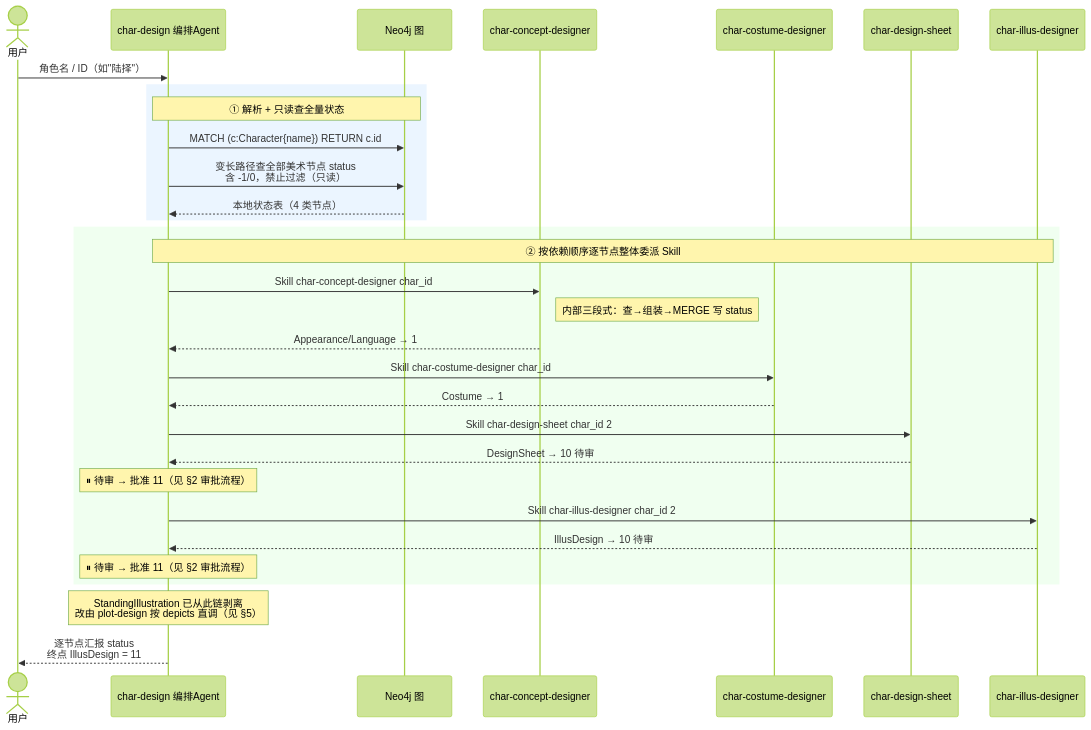
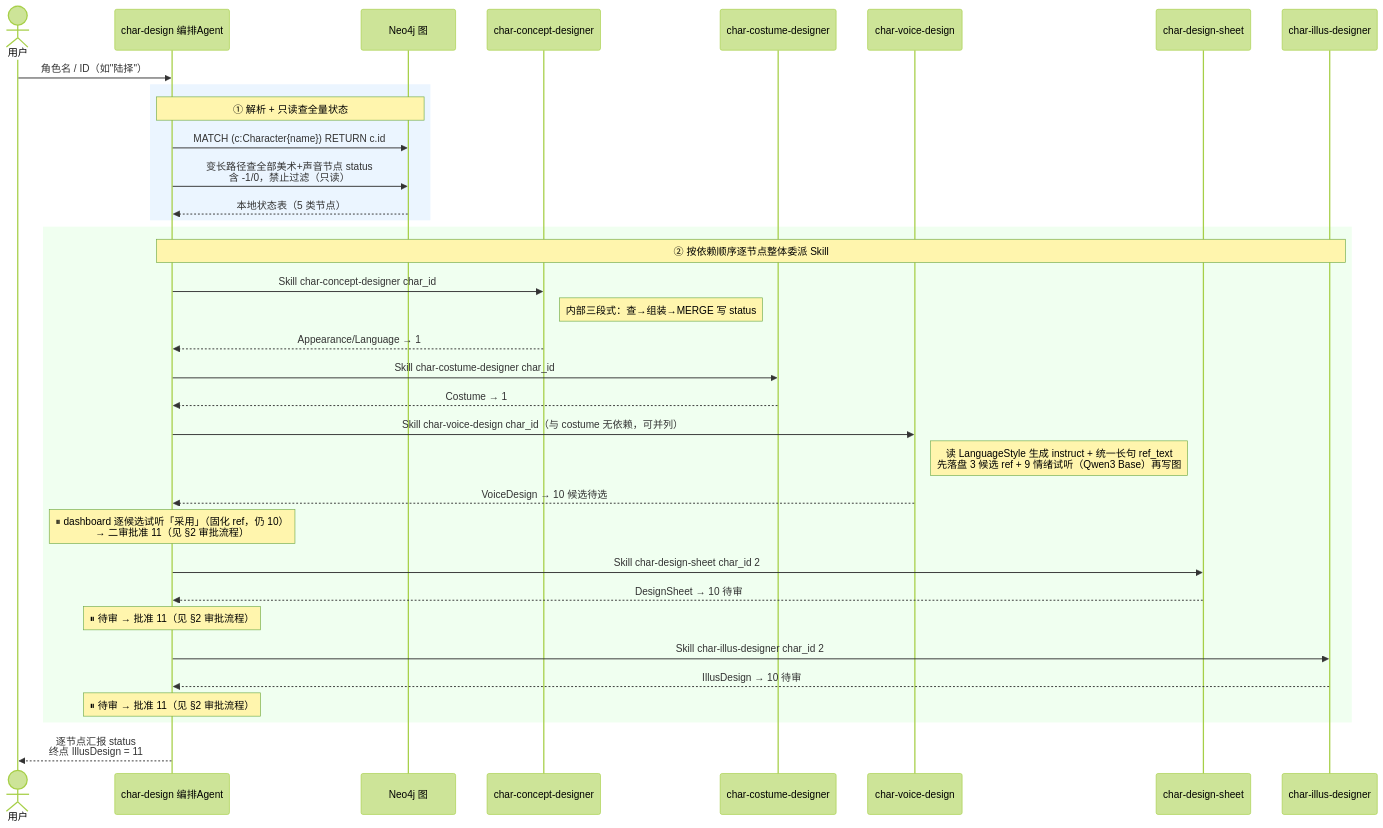
One commit to CrazyJinn/OtheredGlass changed the second of 4 diagrams in README.md. Above: the diagram before and after it, drawn with Mermaid (forest theme). The commit also changed other lines of this file and 100 other files, not shown here.

````diff
--- a/README.md
+++ b/README.md
@@ -116,41 +112,45 @@
 ```mermaid
 sequenceDiagram
     actor U as 用户
     participant A as char-design 编排Agent
     participant DB as Neo4j 图
     participant S1 as char-concept-designer
     participant S2 as char-costume-designer
+    participant SV as char-voice-design
     participant S3 as char-design-sheet
     participant S4 as char-illus-designer
 
     U->>A: 角色名 / ID（如"陆择"）
 
     rect rgb(235, 245, 255)
     Note over A,DB: ① 解析 + 只读查全量状态
     A->>DB: MATCH (c:Character{name}) RETURN c.id
-    A->>DB: 变长路径查全部美术节点 status<br/>含 -1/0，禁止过滤（只读）
-    DB-->>A: 本地状态表（4 类节点）
+    A->>DB: 变长路径查全部美术+声音节点 status<br/>含 -1/0，禁止过滤（只读）
+    DB-->>A: 本地状态表（5 类节点）
     end
 
     rect rgb(240, 255, 240)
     Note over A,S4: ② 按依赖顺序逐节点整体委派 Skill
     A->>S1: Skill char-concept-designer char_id
     Note right of S1: 内部三段式：查→组装→MERGE 写 status
     S1-->>A: Appearance/Language → 1
 
     A->>S2: Skill char-costume-designer char_id
     S2-->>A: Costume → 1
 
+    A->>SV: Skill char-voice-design char_id（与 costume 无依赖，可并列）
+    Note right of SV: 读 LanguageStyle 生成 instruct + 统一长句 ref_text<br/>先落盘 3 候选 ref + 9 情绪试听（Qwen3 Base）再写图
+    SV-->>A: VoiceDesign → 10 候选待选
+    Note over A: ⏸ dashboard 逐候选试听「采用」（固化 ref，仍 10）<br/>→ 二审批准 11（见 §2 审批流程）
+
     A->>S3: Skill char-design-sheet char_id 2
     S3-->>A: DesignSheet → 10 待审
     Note over A: ⏸ 待审 → 批准 11（见 §2 审批流程）
 
     A->>S4: Skill char-illus-designer char_id 2
     S4-->>A: IllusDesign → 10 待审
     Note over A: ⏸ 待审 → 批准 11（见 §2 审批流程）
     end
 
-    Note over A: StandingIllustration 已从此链剥离<br/>改由 plot-design 按 depicts 直调（见 §5）
-
     A-->>U: 逐节点汇报 status<br/>终点 IllusDesign = 11
 ```
````
